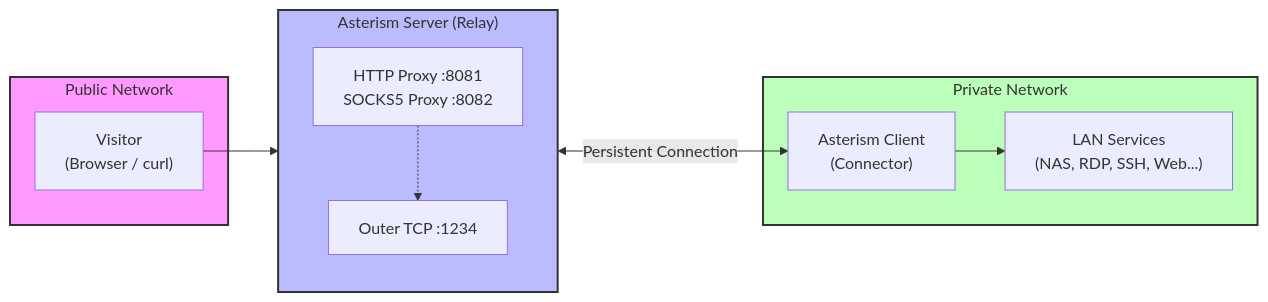
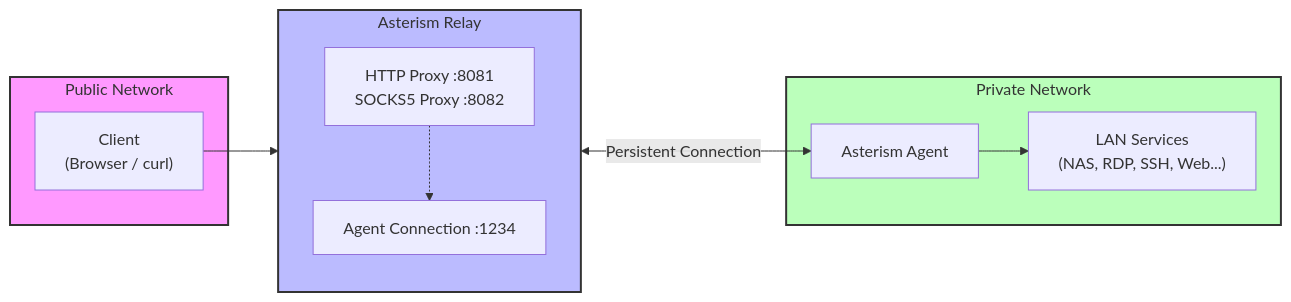
One commit to sosopop/asterism changed the diagram in README.md. Above: the diagram before and after it, drawn with Mermaid. The commit also changed other lines of this file and 14 other files, not shown here.

First line of the commit message:
Refactor Asterism service to support Relay and Agent modes

````diff
--- a/README.md
+++ b/README.md
@@ -23,26 +33,26 @@
 ```mermaid
 graph LR
     subgraph Public_Network [Public Network]
-        Visitor["Visitor<br>(Browser / curl)"]
+        Visitor["Client<br>(Browser / curl)"]
     end
 
-    subgraph Asterism_Server ["Asterism Server (Relay)"]
+    subgraph Asterism_Relay ["Asterism Relay"]
         direction TB
         Proxy["HTTP Proxy :8081<br>SOCKS5 Proxy :8082"]
-        Outer["Outer TCP :1234"]
+        Outer["Agent Connection :1234"]
         Proxy -.-> Outer
     end
 
     subgraph Private_Network [Private Network]
-        Client["Asterism Client<br>(Connector)"]
+        Agent["Asterism Agent"]
         Services["LAN Services<br>(NAS, RDP, SSH, Web...)"]
     end
 
     Visitor --> Proxy
-    Outer <-->|Persistent Connection| Client
-    Client --> Services
+    Outer <-->|Persistent Connection| Agent
+    Agent --> Services
 
     style Public_Network fill:#f9f,stroke:#333,stroke-width:2px
-    style Asterism_Server fill:#bbf,stroke:#333,stroke-width:2px
+    style Asterism_Relay fill:#bbf,stroke:#333,stroke-width:2px
     style Private_Network fill:#bfb,stroke:#333,stroke-width:2px
 ```
````
